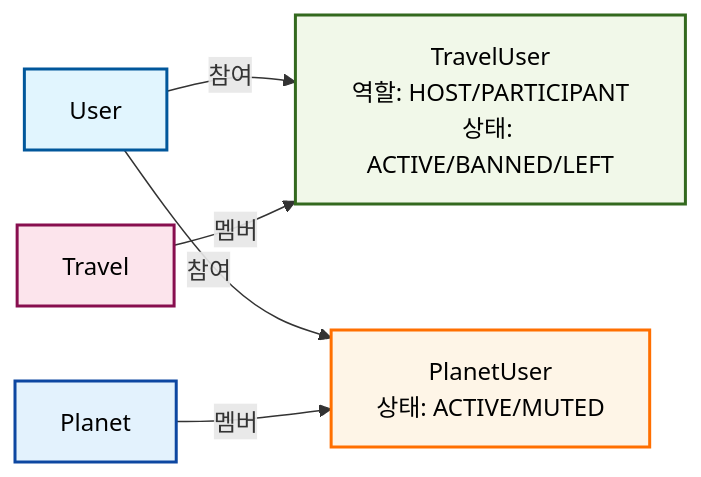
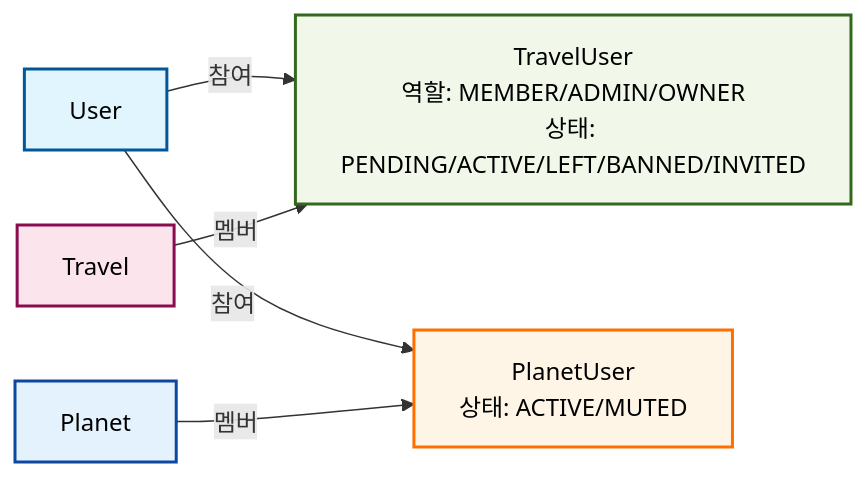
Before and after one commit to maximizest/connecto-nest: the fourth of 6 diagrams in .md/entity-relationship-diagram.md, drawn with Mermaid. The commit also changed other lines of this file, not shown here.

Commit message:
여행 사용자 엔티티 필드 업데이트 및 역할/상태 정의 변경: TravelUser 엔티티의 역할을 HOST/PARTICIPANT에서 MEMBER/ADMIN/OWNER로 변경하고, 상태를 ACTIVE/BANNED/LEFT에서 PENDING/ACTIVE/LEFT/BANNED/INVITED로 수정함. 추가 필드를 도입하여 사용자 관리 기능을 강화하고, 관련 문서에서 변경 사항을 반영함.

````diff
--- a/.md/entity-relationship-diagram.md
+++ b/.md/entity-relationship-diagram.md
@@ -86,19 +86,19 @@
 ```mermaid
 graph LR
     User[User]
     Travel[Travel]
     Planet[Planet]
-    TravelUser[TravelUser<br/>역할: HOST/PARTICIPANT<br/>상태: ACTIVE/BANNED/LEFT]
+    TravelUser[TravelUser<br/>역할: MEMBER/ADMIN/OWNER<br/>상태: PENDING/ACTIVE/LEFT/BANNED/INVITED]
     PlanetUser[PlanetUser<br/>상태: ACTIVE/MUTED]
     
     User -->|참여| TravelUser
     Travel -->|멤버| TravelUser
     User -->|참여| PlanetUser
     Planet -->|멤버| PlanetUser
     
     style User fill:#e1f5fe,stroke:#01579b,stroke-width:2px,color:#000
     style Travel fill:#fce4ec,stroke:#880e4f,stroke-width:2px,color:#000
     style Planet fill:#e3f2fd,stroke:#0d47a1,stroke-width:2px,color:#000
     style TravelUser fill:#f1f8e9,stroke:#33691e,stroke-width:2px,color:#000
     style PlanetUser fill:#fef5e7,stroke:#ff6f00,stroke-width:2px,color:#000
 ```
````
